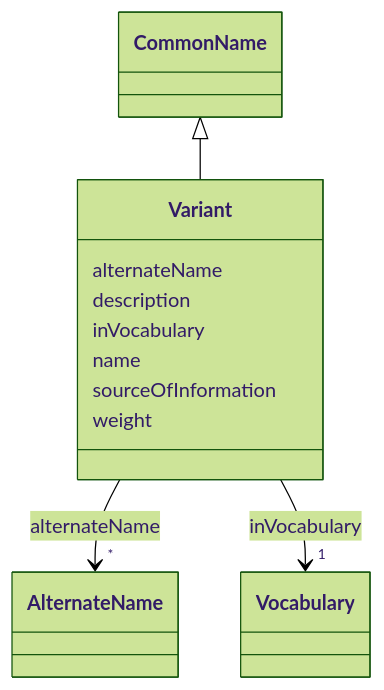
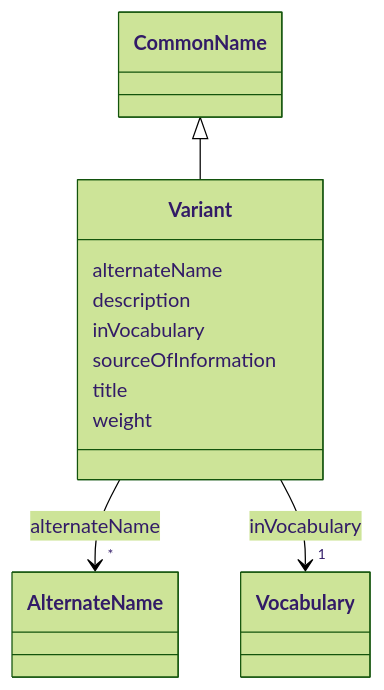
Before and after one commit to EVORA-project/evora-ontology: the diagram in models/docs/Variant.md, drawn with Mermaid (forest theme). The commit also changed other lines of this file and 435 other files, not shown here.

````diff
--- a/models/docs/Variant.md
+++ b/models/docs/Variant.md
@@ -19,35 +19,35 @@
 ```mermaid
  classDiagram
     class Variant
     click Variant href "../Variant"
       CommonName <|-- Variant
         click CommonName href "../CommonName"
       
       Variant : alternateName
         
           
     
     
     Variant --> "*" AlternateName : alternateName
     click AlternateName href "../AlternateName"
 
         
       Variant : description
         
       Variant : inVocabulary
         
           
     
     
     Variant --> "1" Vocabulary : inVocabulary
     click Vocabulary href "../Vocabulary"
 
         
-      Variant : name
+      Variant : sourceOfInformation
         
-      Variant : sourceOfInformation
+      Variant : title
         
       Variant : weight
         
       
 ```
````
